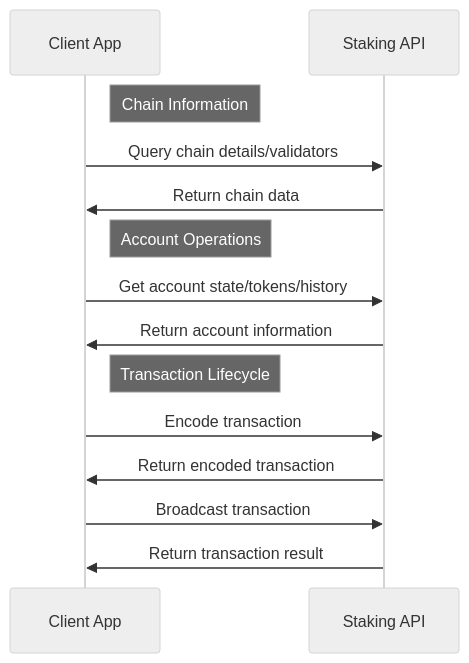
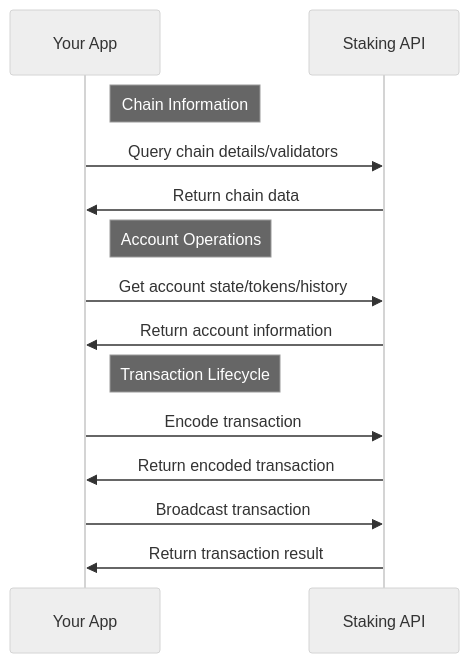
One commit to fabrice-adamik/docs-1 changed the diagram in get_started/overview.mdx. Above: the diagram before and after it, drawn with Mermaid (neutral theme). The commit also changed other lines of this file and 5 other files, not shown here.

````diff
--- a/get_started/overview.mdx
+++ b/get_started/overview.mdx
@@ -16,22 +16,22 @@
 ```mermaid
 sequenceDiagram
-    participant CLIENT as Client App
+    participant CLIENT as Your App
     participant STAKING as Staking API
 
     %% Chain & Network Info %%
     Note right of CLIENT: Chain Information
     CLIENT->>STAKING: Query chain details/validators
     STAKING->>CLIENT: Return chain data
 
     %% Account Operations %%
     Note right of CLIENT: Account Operations
     CLIENT->>STAKING: Get account state/tokens/history
     STAKING->>CLIENT: Return account information
 
     %% Transaction Lifecycle %%
     Note right of CLIENT: Transaction Lifecycle
     CLIENT->>STAKING: Encode transaction
     STAKING->>CLIENT: Return encoded transaction
     CLIENT->>STAKING: Broadcast transaction
     STAKING->>CLIENT: Return transaction result
 ```
````
